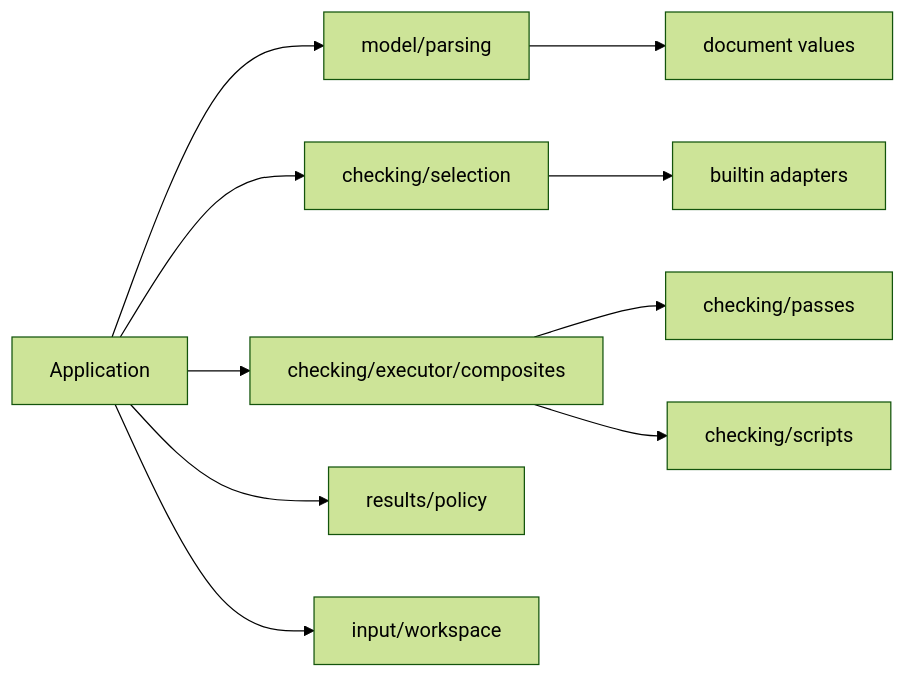
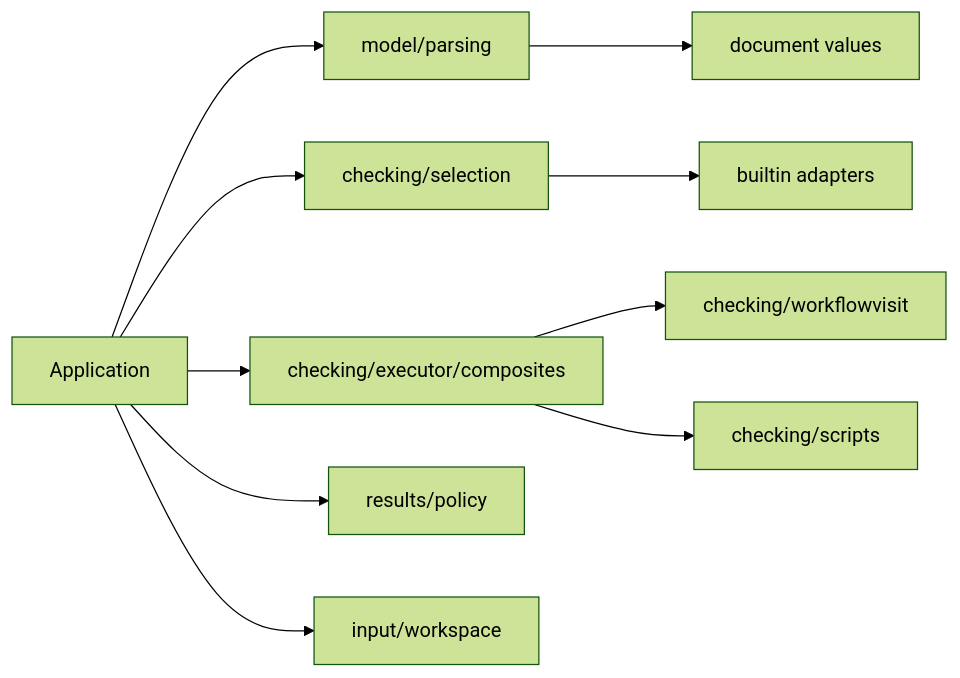
One commit to kjanat/actionlint changed the diagram in docs/design/analysis-ownership.md. Above: the diagram before and after it, drawn with Mermaid (forest theme). The commit also changed other lines of this file and 1386 other files, not shown here.

First line of the commit message:
refactor: share parsed workflows and call graphs across analysis and output (#465)

````diff
--- a/docs/design/analysis-ownership.md
+++ b/docs/design/analysis-ownership.md
@@ -35,12 +35,12 @@
 ```mermaid
 flowchart LR
     Application --> Decode[model/parsing]
     Application --> Registry[checking/selection]
     Application --> Composition[checking/executor/composites]
     Registry --> Builtin[builtin adapters]
-    Composition --> Engine[checking/passes]
+    Composition --> Engine[checking/workflowvisit]
     Composition --> Scripts[checking/scripts]
     Application --> Policy[results/policy]
     Application --> Workspace[input/workspace]
     Decode --> Documents[document values]
 ```
````
